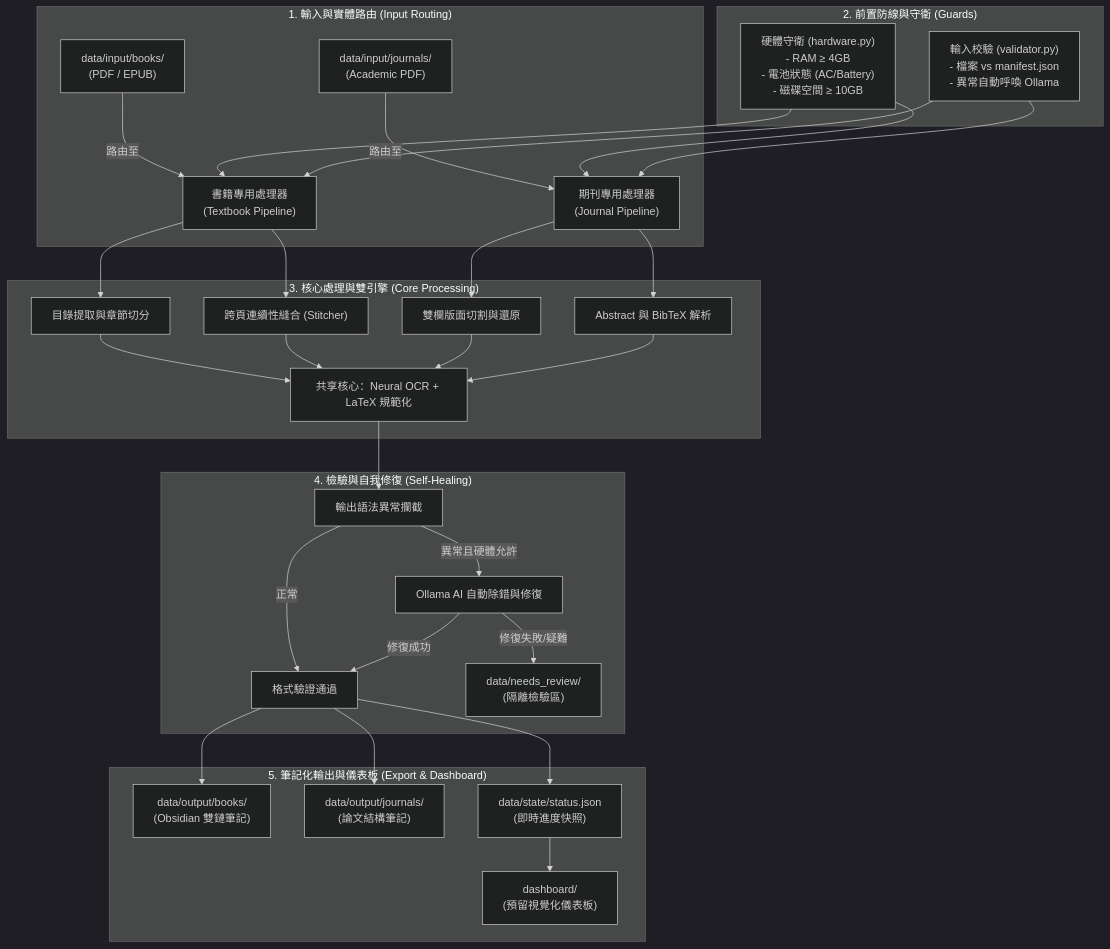
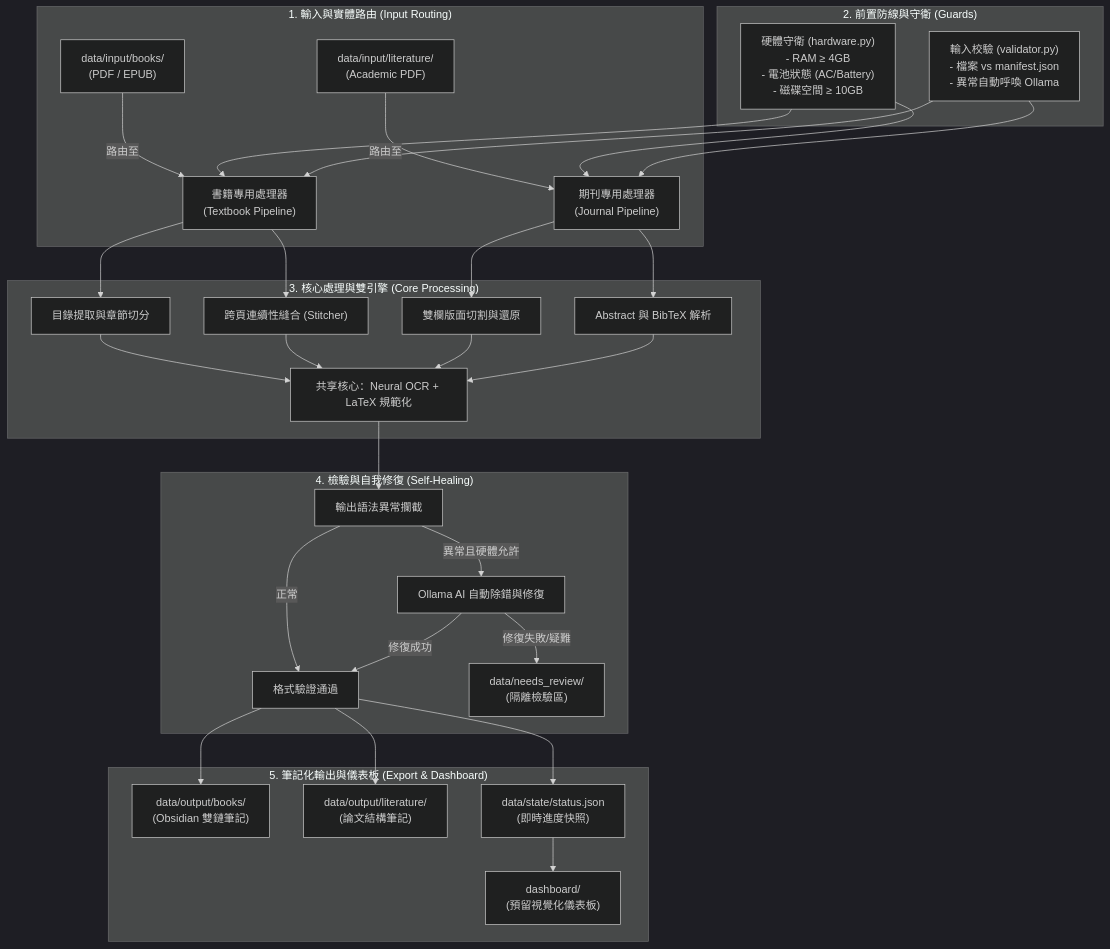
The diagram in docs/ARCHITECTURE.md (chinkunlim/literature-parser), drawn with Mermaid (dark theme) before and after one commit. The commit also changed other lines of this file and 5 other files, not shown here.

````diff
--- a/docs/ARCHITECTURE.md
+++ b/docs/ARCHITECTURE.md
@@ -9,43 +9,43 @@
 ```mermaid
 flowchart TD
     subgraph Input_Layer ["1. 輸入與實體路由 (Input Routing)"]
         InBook["data/input/books/<br>(PDF / EPUB)"] -->|路由至| BookDomain["書籍專用處理器<br>(Textbook Pipeline)"]
-        InJournal["data/input/journals/<br>(Academic PDF)"] -->|路由至| PaperDomain["期刊專用處理器<br>(Journal Pipeline)"]
+        InJournal["data/input/literature/<br>(Academic PDF)"] -->|路由至| PaperDomain["期刊專用處理器<br>(Journal Pipeline)"]
     end
 
     subgraph Guard_Layer ["2. 前置防線與守衛 (Guards)"]
         HardwareGuard["硬體守衛 (hardware.py)<br>- RAM ≥ 4GB<br>- 電池狀態 (AC/Battery)<br>- 磁碟空間 ≥ 10GB"]
         InputValidator["輸入校驗 (validator.py)<br>- 檔案 vs manifest.json<br>- 異常自動呼喚 Ollama"]
         HardwareGuard --> BookDomain
         HardwareGuard --> PaperDomain
         InputValidator --> BookDomain
         InputValidator --> PaperDomain
     end
 
     subgraph Core_Engine ["3. 核心處理與雙引擎 (Core Processing)"]
         BookDomain --> Splitter["目錄提取與章節切分"]
         BookDomain --> Stitcher["跨頁連續性縫合 (Stitcher)"]
         PaperDomain --> TwoCol["雙欄版面切割與還原"]
         PaperDomain --> MetaRef["Abstract 與 BibTeX 解析"]
         
         Splitter --> SharedEngine["共享核心：Neural OCR + LaTeX 規範化"]
         Stitcher --> SharedEngine
         TwoCol --> SharedEngine
         MetaRef --> SharedEngine
     end
 
     subgraph Verification_Layer ["4. 檢驗與自我修復 (Self-Healing)"]
         SharedEngine --> Healer["輸出語法異常攔截"]
         Healer -->|正常| Clean["格式驗證通過"]
         Healer -->|異常且硬體允許| OllamaAudit["Ollama AI 自動除錯與修復"]
         OllamaAudit -->|修復成功| Clean
         OllamaAudit -->|修復失敗/疑難| Quarantine["data/needs_review/<br>(隔離檢驗區)"]
     end
 
     subgraph Export_Layer ["5. 筆記化輸出與儀表板 (Export & Dashboard)"]
         Clean --> ObsidianBook["data/output/books/<br>(Obsidian 雙鏈筆記)"]
-        Clean --> ObsidianJournal["data/output/journals/<br>(論文結構筆記)"]
+        Clean --> ObsidianJournal["data/output/literature/<br>(論文結構筆記)"]
         Clean --> StatusDB["data/state/status.json<br>(即時進度快照)"]
         StatusDB --> Dashboard["dashboard/<br>(預留視覺化儀表板)"]
     end
 ```
````
